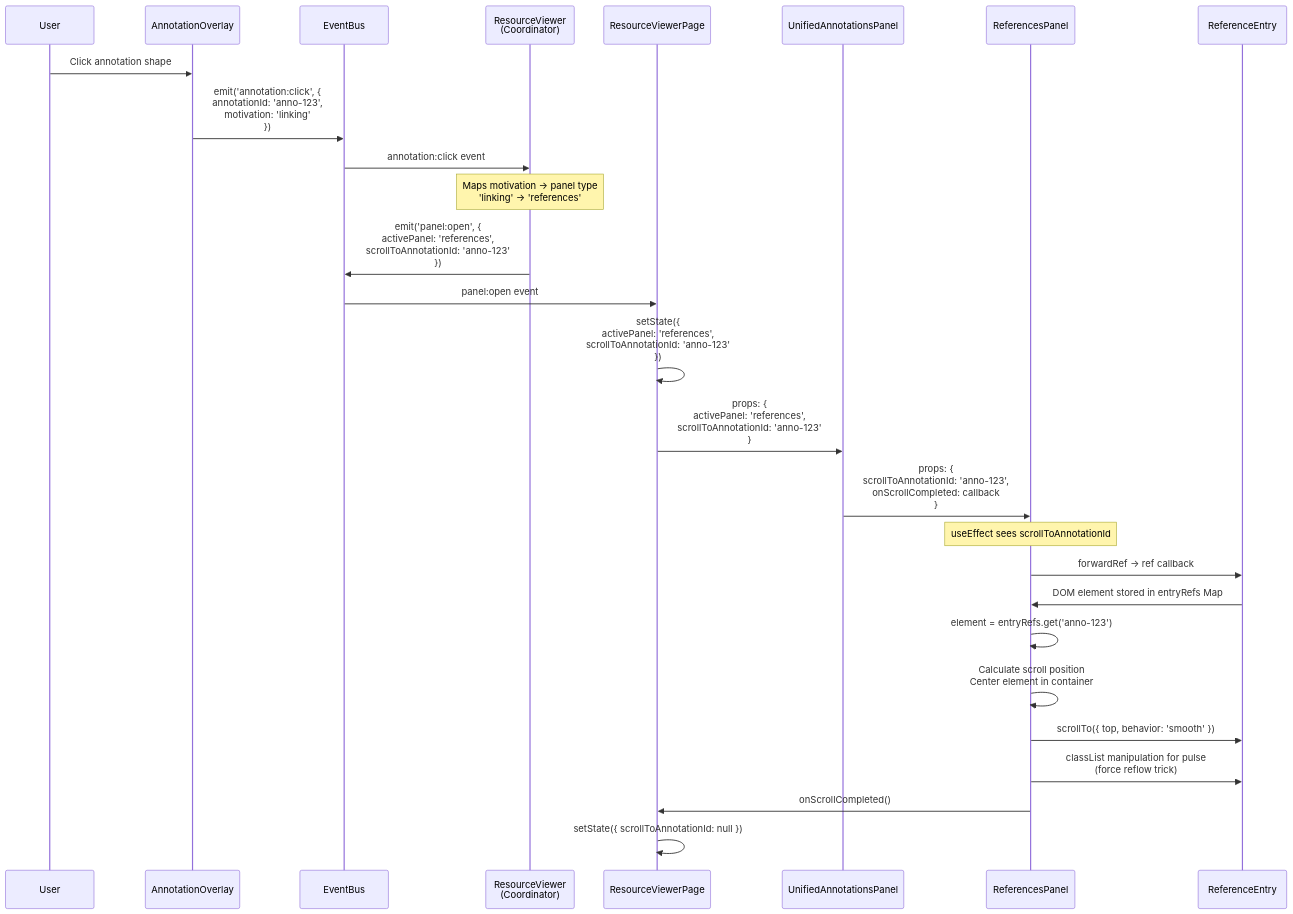
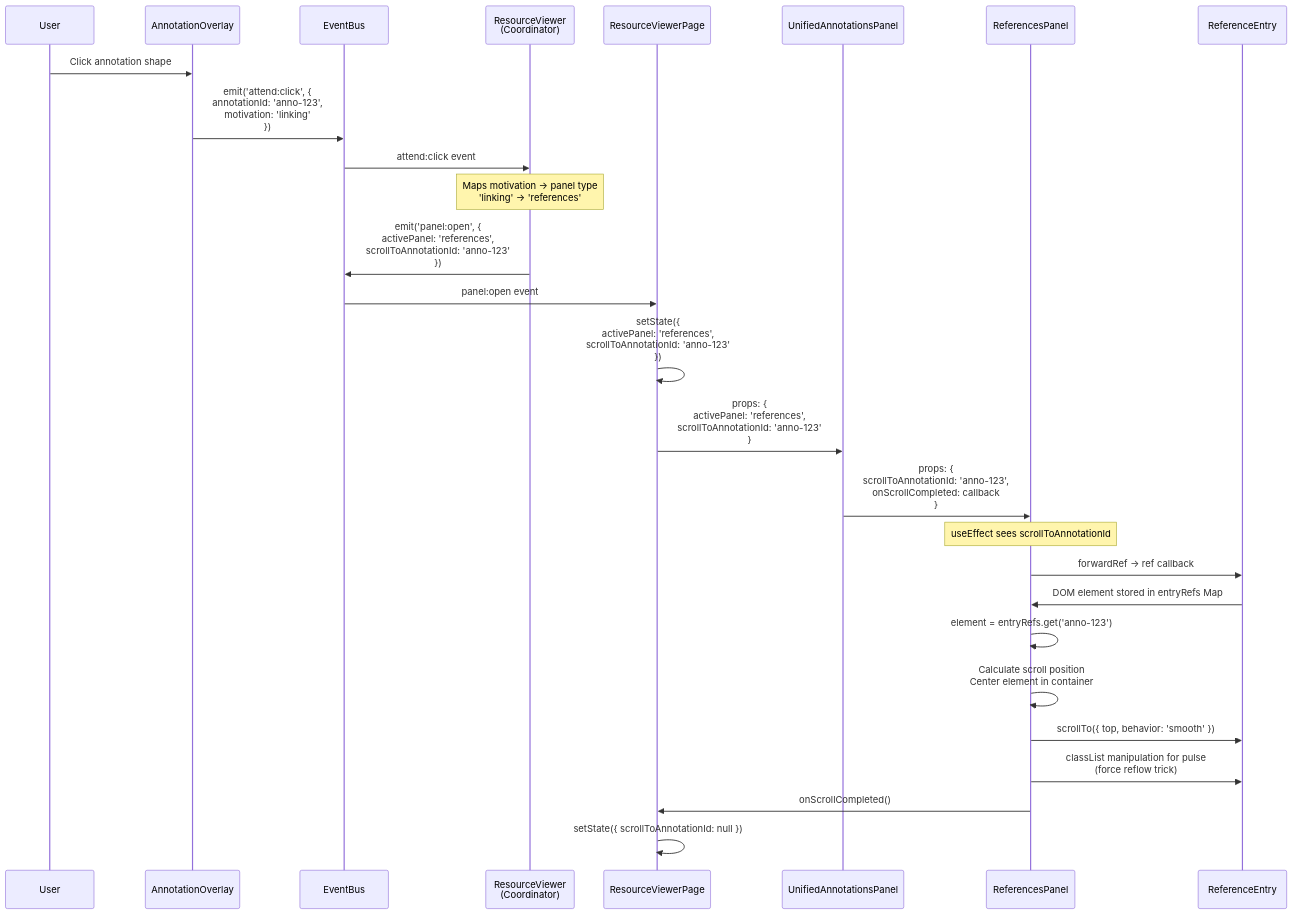
Before and after one commit to The-AI-Alliance/semiont: the first of 3 diagrams in packages/react-ui/docs/ANNOTATION-CLICK.md, drawn with Mermaid. The commit also changed other lines of this file and 290 other files, not shown here.

````diff
--- a/packages/react-ui/docs/ANNOTATION-CLICK.md
+++ b/packages/react-ui/docs/ANNOTATION-CLICK.md
@@ -144,38 +144,38 @@
 ```mermaid
 sequenceDiagram
     participant User
     participant Overlay as AnnotationOverlay
     participant Bus as EventBus
     participant Coord as ResourceViewer<br/>(Coordinator)
     participant Page as ResourceViewerPage
     participant Panel as UnifiedAnnotationsPanel
     participant Specific as ReferencesPanel
     participant Entry as ReferenceEntry
 
     User->>Overlay: Click annotation shape
-    Overlay->>Bus: emit('annotation:click', {<br/>  annotationId: 'anno-123',<br/>  motivation: 'linking'<br/>})
-    Bus->>Coord: annotation:click event
+    Overlay->>Bus: emit('attend:click', {<br/>  annotationId: 'anno-123',<br/>  motivation: 'linking'<br/>})
+    Bus->>Coord: attend:click event
 
     Note over Coord: Maps motivation → panel type<br/>'linking' → 'references'
 
     Coord->>Bus: emit('panel:open', {<br/>  activePanel: 'references',<br/>  scrollToAnnotationId: 'anno-123'<br/>})
     Bus->>Page: panel:open event
 
     Page->>Page: setState({<br/>  activePanel: 'references',<br/>  scrollToAnnotationId: 'anno-123'<br/>})
 
     Page->>Panel: props: {<br/>  activePanel: 'references',<br/>  scrollToAnnotationId: 'anno-123'<br/>}
     Panel->>Specific: props: {<br/>  scrollToAnnotationId: 'anno-123',<br/>  onScrollCompleted: callback<br/>}
 
     Note over Specific: useEffect sees scrollToAnnotationId
 
     Specific->>Entry: forwardRef → ref callback
     Entry->>Specific: DOM element stored in entryRefs Map
 
     Specific->>Specific: element = entryRefs.get('anno-123')
     Specific->>Specific: Calculate scroll position<br/>Center element in container
     Specific->>Entry: scrollTo({ top, behavior: 'smooth' })
     Specific->>Entry: classList manipulation for pulse<br/>(force reflow trick)
     Specific->>Page: onScrollCompleted()
 
     Page->>Page: setState({ scrollToAnnotationId: null })
 ```
````
